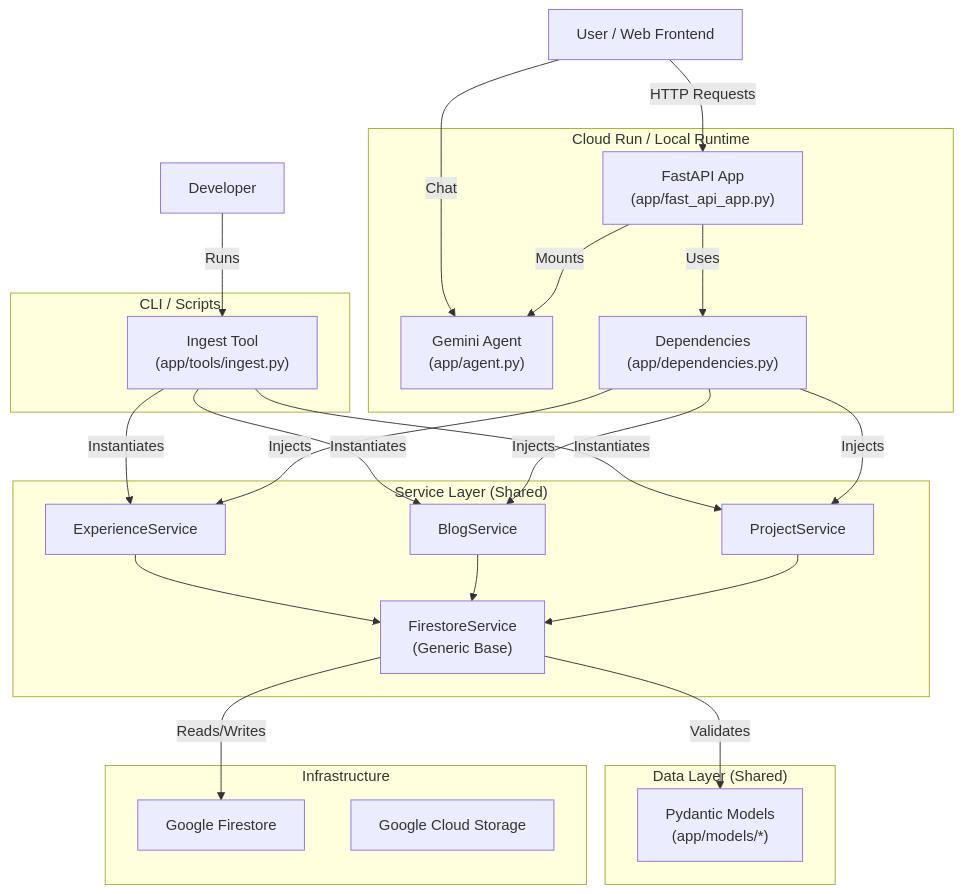
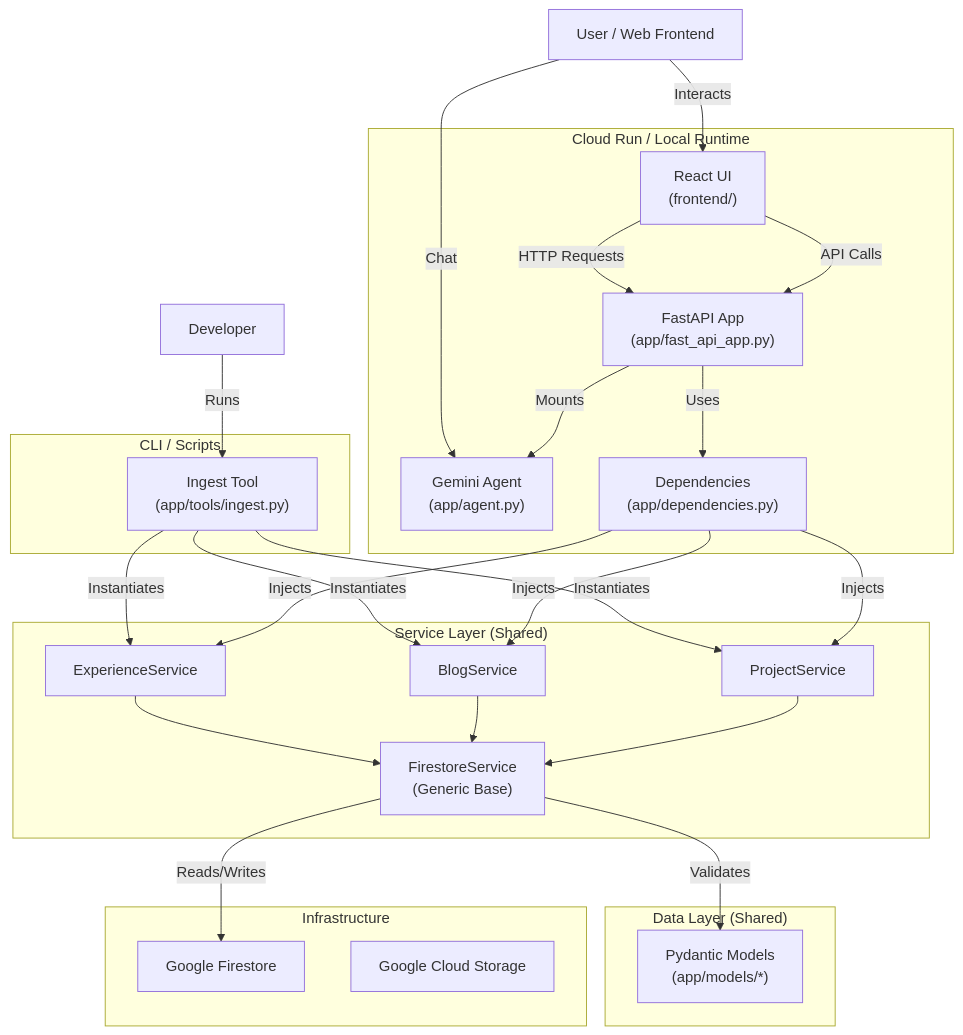
Before and after one commit to derailed-dash/dazbo-portfolio: the diagram in docs/design-and-walkthrough.md, drawn with Mermaid. The commit also changed other lines of this file and 2 other files, not shown here.

Commit message:
docs(conductor): Synchronize docs for track 'react_ui_20260118'

````diff
--- a/docs/design-and-walkthrough.md
+++ b/docs/design-and-walkthrough.md
@@ -66,52 +76,55 @@
 ```mermaid
 graph TD
     subgraph "Cloud Run / Local Runtime"
         API["FastAPI App<br/>(app/fast_api_app.py)"]
+        Frontend["React UI<br/>(frontend/)"]
         Agent["Gemini Agent<br/>(app/agent.py)"]
         Dep["Dependencies<br/>(app/dependencies.py)"]
         
+        Frontend -->|API Calls| API
         API -->|Mounts| Agent
         API -->|Uses| Dep
     end
 
     subgraph "CLI / Scripts"
         CLI["Ingest Tool<br/>(app/tools/ingest.py)"]
     end
 
     subgraph "Service Layer (Shared)"
         PS["ProjectService"]
         BS["BlogService"]
         ES["ExperienceService"]
         FS["FirestoreService<br/>(Generic Base)"]
         
         PS --> FS
         BS --> FS
         ES --> FS
     end
 
     subgraph "Data Layer (Shared)"
         Models["Pydantic Models<br/>(app/models/*)"];
     end
 
     subgraph "Infrastructure"
         Firestore["Google Firestore"]
         GCS["Google Cloud Storage"]
     end
 
     %% Relationships
     Dep -->|Injects| PS
     Dep -->|Injects| BS
     Dep -->|Injects| ES
     CLI -->|Instantiates| PS
     CLI -->|Instantiates| BS
     CLI -->|Instantiates| ES
     FS -->|Reads/Writes| Firestore
     FS -->|Validates| Models
     
     %% User Interactions
-    User["User / Web Frontend"] -->|HTTP Requests| API
+    User["User / Web Frontend"] -->|Interacts| Frontend
+    Frontend -->|HTTP Requests| API
     User -->|Chat| Agent
     
     %% Ingestion Flow
     Dev["Developer"] -->|Runs| CLI
 ```
````
